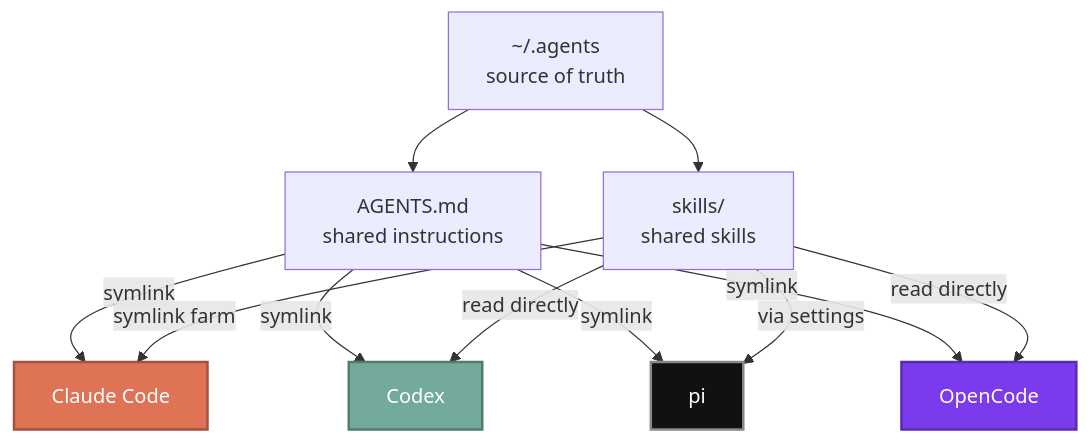
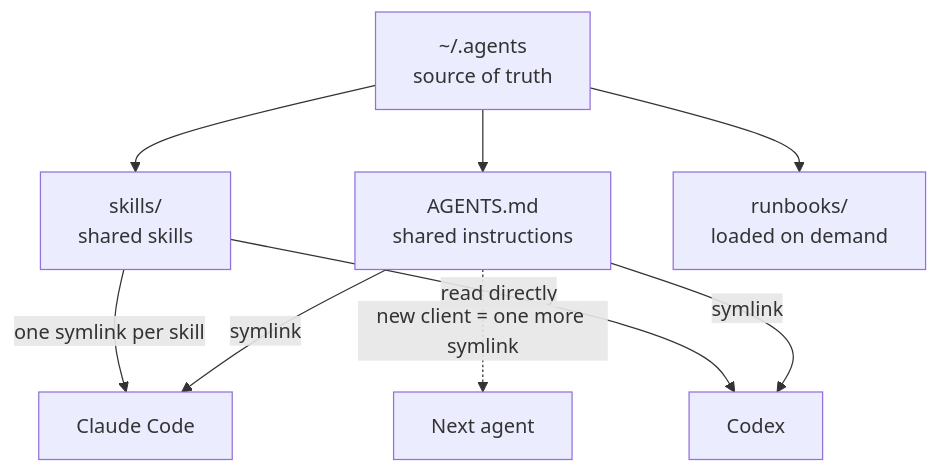
The first of 2 diagrams in content/posts/agents-dev-setup-on-macbook.md (absolutepraya/blog), drawn with Mermaid before and after one commit. The commit also changed other lines of this file and 11 other files, not shown here.

First line of the commit message:
Rewrite agent setup posts and fail CI on broken Mermaid (#10)

````diff
--- a/content/posts/agents-dev-setup-on-macbook.md
+++ b/content/posts/agents-dev-setup-on-macbook.md
@@ -113,26 +43,13 @@
 ```mermaid
 graph TD
     A["~/.agents<br/>source of truth"]
     A --> AGENTS["AGENTS.md<br/>shared instructions"]
     A --> SKILLS["skills/<br/>shared skills"]
+    A --> RUN["runbooks/<br/>loaded on demand"]
 
-    AGENTS -->|symlink| CC
-    AGENTS -->|symlink| CX
-    AGENTS -->|symlink| PI
-    AGENTS -->|symlink| OC
-
-    SKILLS -->|symlink farm| CC
+    AGENTS -->|symlink| CC[Claude Code]
+    AGENTS -->|symlink| CX[Codex]
+    SKILLS -->|one symlink per skill| CC
     SKILLS -->|read directly| CX
-    SKILLS -->|via settings| PI
-    SKILLS -->|read directly| OC
-
-    CC[Claude Code]
-    CX[Codex]
-    PI[pi]
-    OC[OpenCode]
-
-    style CC fill:#DE7356,color:#fff,stroke:#a35140,stroke-width:2px
-    style CX fill:#74AA9C,color:#fff,stroke:#4f7d72,stroke-width:2px
-    style PI fill:#111111,color:#fff,stroke:#888,stroke-width:2px
-    style OC fill:#7C3AED,color:#fff,stroke:#5b2bb0,stroke-width:2px
+    AGENTS -.->|new client = one more symlink| NEW[Next agent]
 ```
````
